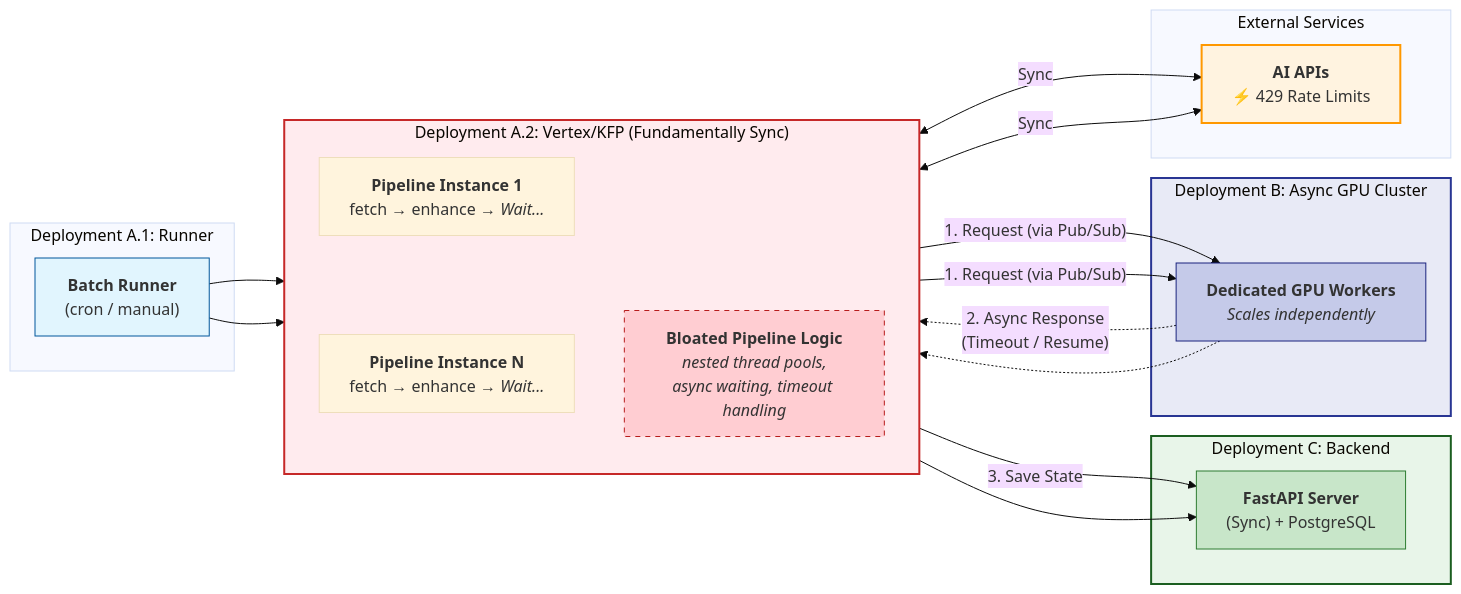
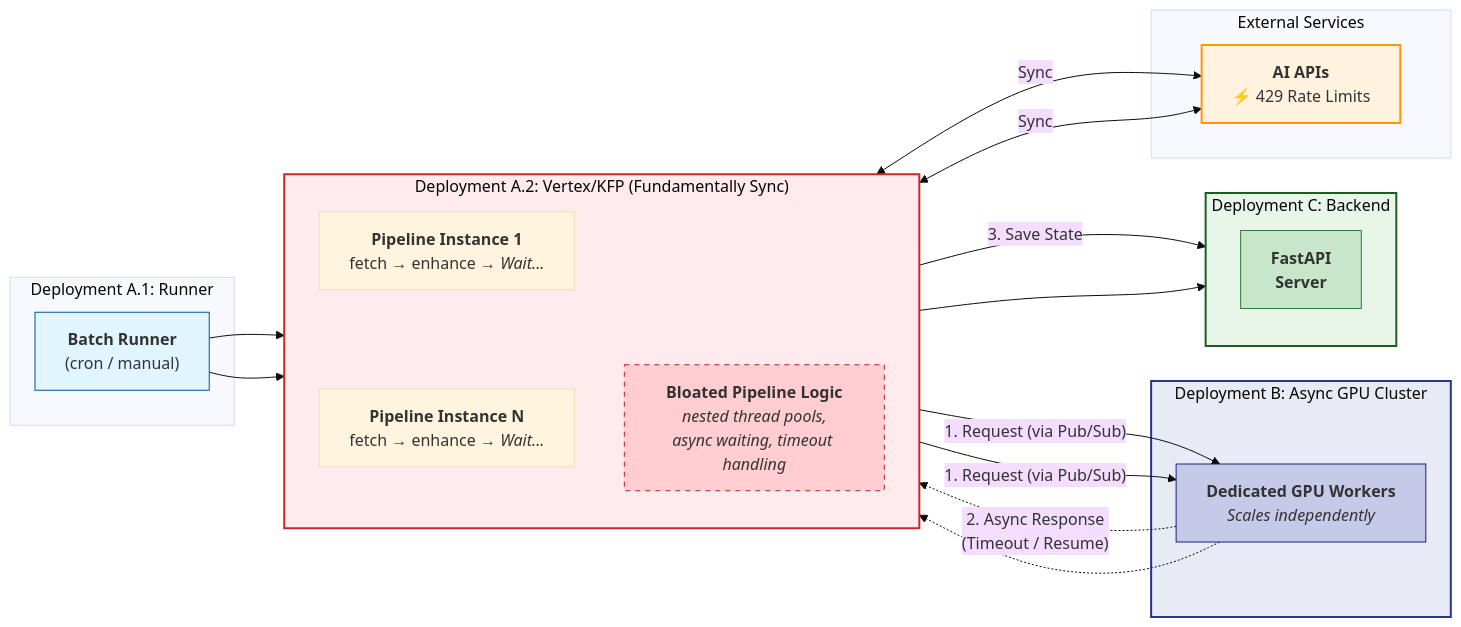
The diagram in docs/diagrams/kubecon-slide-stage2-architecture.mmd (deliveryhero/asya), drawn with Mermaid (base theme) before and after one commit. The commit also changed 1 other file, not shown here.

```diff
--- a/docs/diagrams/kubecon-slide-stage2-architecture.mmd
+++ b/docs/diagrams/kubecon-slide-stage2-architecture.mmd
@@ -1,58 +1,62 @@
 graph LR
     %% Left Zone: Runner (Part of Deployment A)
     subgraph Runner ["Deployment A.1: Runner"]
         RS["<b>Batch Runner</b><br/>(cron / manual)"]
     end
 
     %% Middle Zone: KFP Pipelines (Part of Deployment A)
     subgraph KFP ["Deployment A.2: Vertex/KFP (Fundamentally Sync)"]
         direction TB
         P1["<b>Pipeline Instance 1</b><br/>fetch → enhance → <i>Wait...</i>"]
         PN["<b>Pipeline Instance N</b><br/>fetch → enhance → <i>Wait...</i>"]
         Logic["<b>Bloated Pipeline Logic</b><br/><i>nested thread pools,<br/>async waiting, timeout handling</i>"]
 
         %% Invisible links here DO work because they don't have external conflicting edges
         %% pushing them horizontally. This keeps the KFP box tight.
         P1 ~~~ PN
     end
 
     subgraph Backend ["Deployment C: Backend"]
-        BE["<b>FastAPI Server</b><br/>(Sync) + PostgreSQL"]
+        direction TB
+        BE["<b>FastAPI<br/>Server</b>"]
+        %% DB[("<b>PostgreSQL</b>")]
+        %% BE <--> DB
     end
 
     subgraph GPU_Cluster ["Deployment B: Async GPU Cluster"]
         GPU["<b>Dedicated GPU Workers</b><br/><i>Scales independently</i>"]
     end
 
     subgraph External ["External Services"]
         AI["<b>AI APIs</b><br/>⚡ 429 Rate Limits"]
     end
 
 
     %% Flow Connections
     RS --> P1
     RS --> PN
 
     P1 <-->|Sync| AI
     PN <-->|Sync| AI
 
     %% The Bolted-On Async Loop (Transport via Pub/Sub)
     P1 -- "1. Request (via Pub/Sub)" --> GPU
     PN -- "1. Request (via Pub/Sub)" --> GPU
     GPU -. "2. Async Response<br/>(Timeout / Resume)" .-> P1
     GPU -.-> PN
 
     %% Finalize
     P1 -- "3. Save State" --> BE
     PN --> BE
 
     %% Styling
     style AI fill:#fff3e0,stroke:#ff9800,stroke-width:2px
     style RS fill:#e1f5fe,stroke:#01579b
     style KFP fill:#ffebee,stroke:#c62828,stroke-width:2px
     style Logic fill:#ffcdd2,stroke:#b71c1c,stroke-width:1px,stroke-dasharray: 5 5
     style Backend fill:#e8f5e9,stroke:#1b5e20,stroke-width:2px
     style BE fill:#c8e6c9,stroke:#2e7d32
+    %% style DB fill:#bbdefb,stroke:#1565c0,stroke-width:2px
     %% New in this slide:
     style GPU_Cluster fill:#e8eaf6,stroke:#283593,stroke-width:2px
     style GPU fill:#c5cae9,stroke:#1a237e
```
